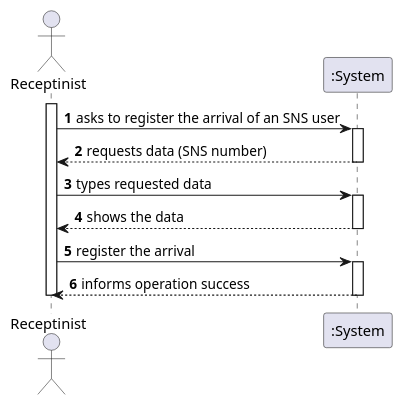
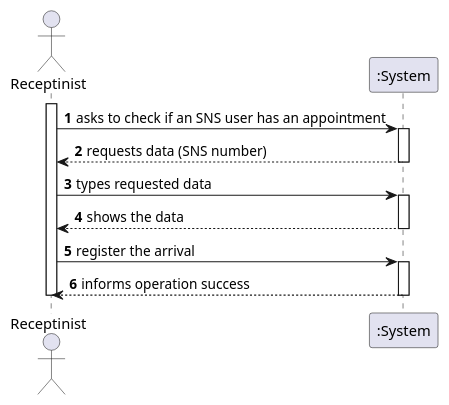
The diagram in docs/SprintC/US004/US004_SSD.puml (Pirussa/lei-22-s2-1da-g02), drawn with PlantUML before and after one commit. The commit also changed 6 other files, not shown here.

```diff
--- a/docs/SprintC/US004/US004_SSD.puml
+++ b/docs/SprintC/US004/US004_SSD.puml
@@ -1,24 +1,24 @@
 @startuml
 autonumber
 actor "Receptinist" as R
 
 activate R
 
-R -> ":System" : asks to register the arrival of an SNS user
+R -> ":System" : asks to check if an SNS user has an appointment
 activate ":System"
 ":System" --> R : requests data (SNS number)
 deactivate ":System"
 
 R -> ":System" : types requested data
 activate ":System"
 ":System" --> R : shows the data
 deactivate ":System"
 
 R -> ":System" : register the arrival
 activate ":System"
 ":System" --> R : informs operation success
 deactivate ":System"
 
 deactivate R
 
 @enduml
```
